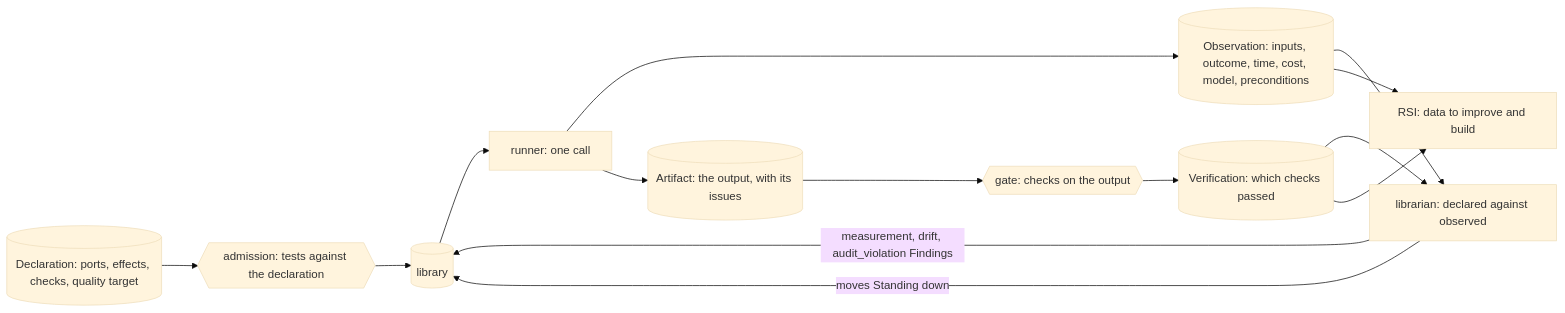
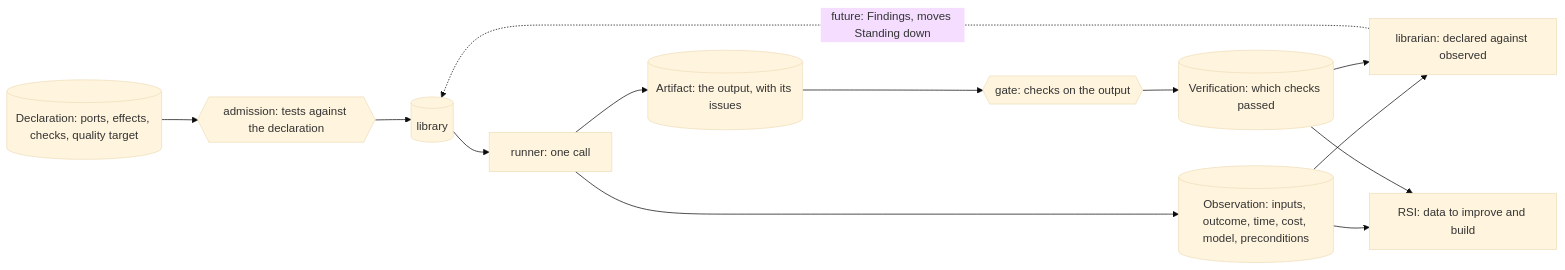
The diagram in docs/architecture/capsule/observability.md (Stellven/jiuwenswarm), drawn with Mermaid (base theme) before and after one commit. The commit also changed other lines of this file and 324 other files, not shown here.

First line of the commit message:
Reorganize architecture library into one thin, current M1 design

````diff
--- a/docs/architecture/capsule/observability.md
+++ b/docs/architecture/capsule/observability.md
@@ -10,16 +20,15 @@
 ```mermaid
 flowchart LR
     DECL[("Declaration: ports, effects, checks, quality target")] --> ADM{{"admission: tests against the declaration"}}
     ADM --> LIB[("library")]
     LIB --> RUN["runner: one call"]
     RUN --> OBS[("Observation: inputs, outcome, time, cost, model, preconditions")]
     RUN --> ART[("Artifact: the output, with its issues")]
     ART --> GATE{{"gate: checks on the output"}}
     GATE --> VER[("Verification: which checks passed")]
     OBS --> LBR["librarian: declared against observed"]
     VER --> LBR
-    LBR -->|"measurement, drift, audit_violation Findings"| LIB
-    LBR -->|"moves Standing down"| LIB
+    LBR -.->|"future: Findings, moves Standing down"| LIB
     OBS --> RSI["RSI: data to improve and build"]
     VER --> RSI
 ```
````
